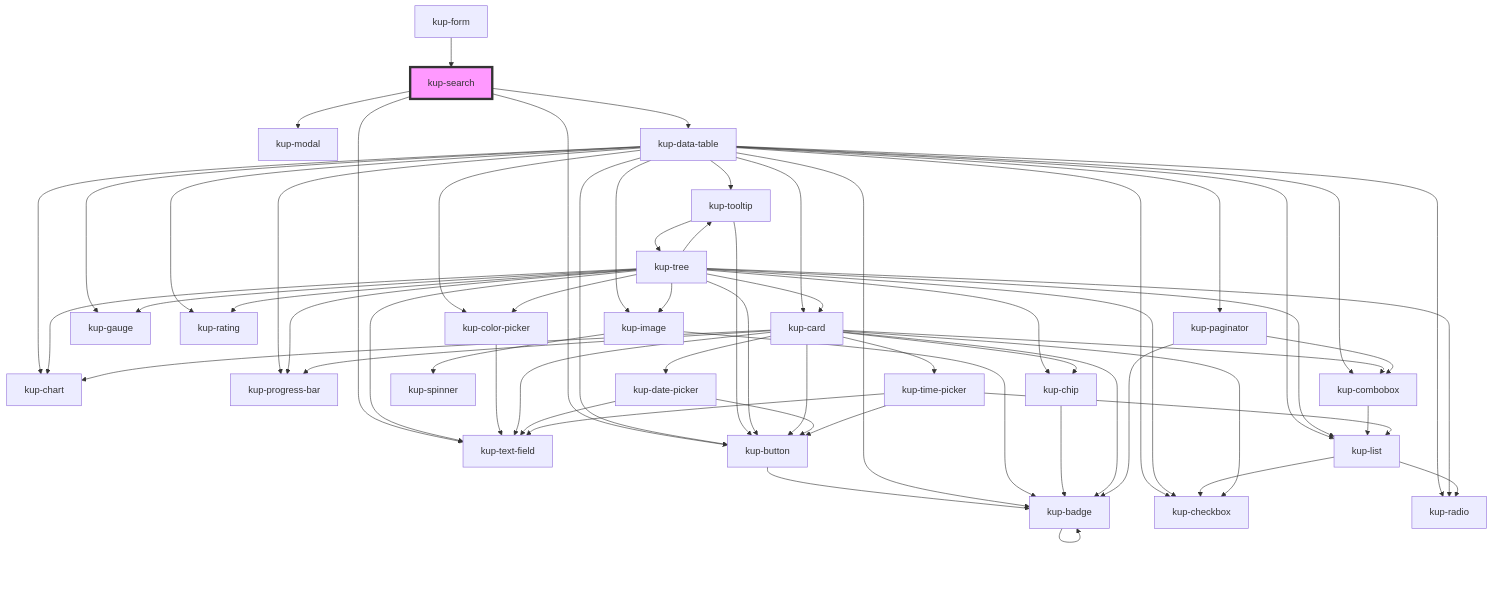
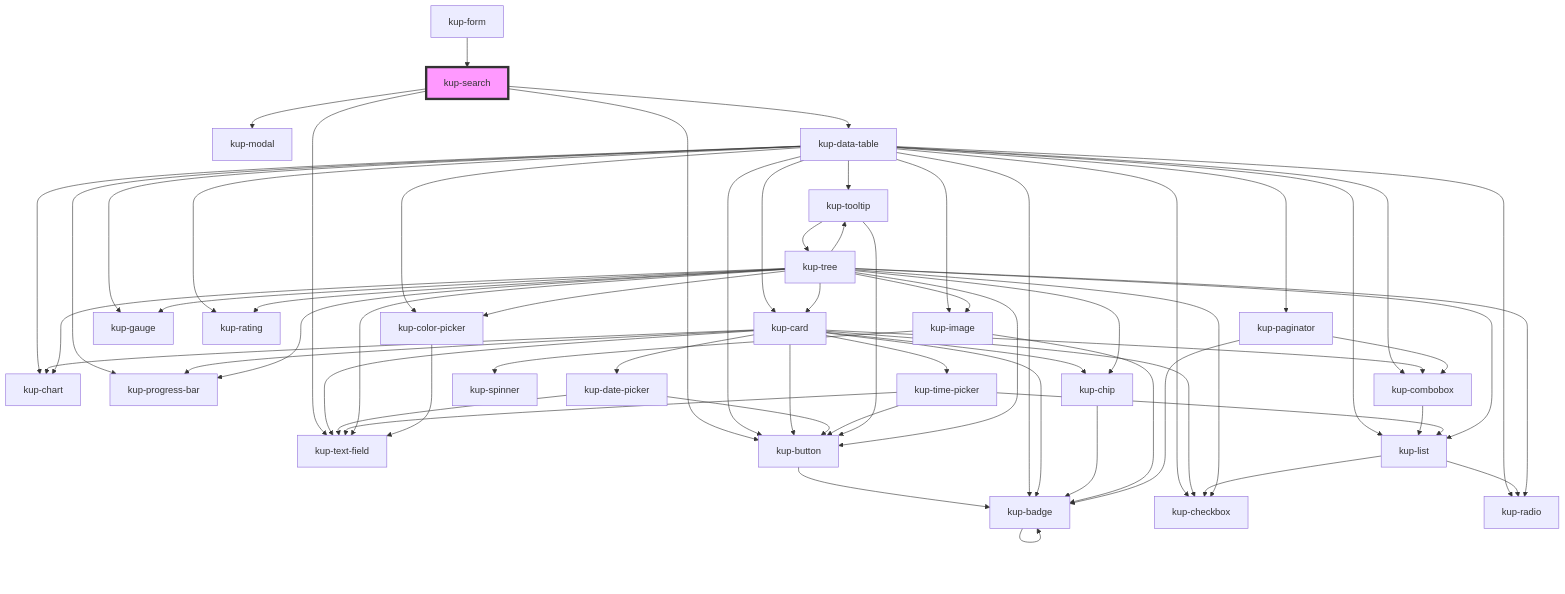
Before and after one commit to smeup/ketchup: the diagram in packages/ketchup/src/components/kup-search/readme.md, drawn with Mermaid. The commit also changed other lines of this file and 10 other files, not shown here.

````diff
--- a/packages/ketchup/src/components/kup-search/readme.md
+++ b/packages/ketchup/src/components/kup-search/readme.md
@@ -43,66 +43,66 @@
 ```mermaid
 graph TD;
   kup-search --> kup-text-field
   kup-search --> kup-button
   kup-search --> kup-modal
   kup-search --> kup-data-table
   kup-button --> kup-badge
   kup-badge --> kup-badge
+  kup-data-table --> kup-card
   kup-data-table --> kup-checkbox
   kup-data-table --> kup-tooltip
   kup-data-table --> kup-list
   kup-data-table --> kup-image
   kup-data-table --> kup-button
   kup-data-table --> kup-chart
   kup-data-table --> kup-color-picker
   kup-data-table --> kup-gauge
   kup-data-table --> kup-progress-bar
   kup-data-table --> kup-rating
   kup-data-table --> kup-radio
   kup-data-table --> kup-paginator
   kup-data-table --> kup-combobox
-  kup-data-table --> kup-card
   kup-data-table --> kup-badge
+  kup-card --> kup-chip
+  kup-card --> kup-button
+  kup-card --> kup-badge
+  kup-card --> kup-progress-bar
+  kup-card --> kup-chart
+  kup-card --> kup-checkbox
+  kup-card --> kup-combobox
+  kup-card --> kup-date-picker
+  kup-card --> kup-text-field
+  kup-card --> kup-time-picker
+  kup-chip --> kup-badge
+  kup-combobox --> kup-list
+  kup-list --> kup-radio
+  kup-list --> kup-checkbox
+  kup-date-picker --> kup-text-field
+  kup-date-picker --> kup-button
+  kup-time-picker --> kup-text-field
+  kup-time-picker --> kup-button
+  kup-time-picker --> kup-list
   kup-tooltip --> kup-button
   kup-tooltip --> kup-tree
   kup-tree --> kup-image
   kup-tree --> kup-button
   kup-tree --> kup-chart
   kup-tree --> kup-checkbox
   kup-tree --> kup-chip
   kup-tree --> kup-color-picker
   kup-tree --> kup-gauge
   kup-tree --> kup-progress-bar
   kup-tree --> kup-rating
   kup-tree --> kup-radio
   kup-tree --> kup-tooltip
   kup-tree --> kup-list
   kup-tree --> kup-text-field
   kup-tree --> kup-card
   kup-image --> kup-spinner
   kup-image --> kup-badge
-  kup-chip --> kup-badge
   kup-color-picker --> kup-text-field
-  kup-list --> kup-radio
-  kup-list --> kup-checkbox
-  kup-card --> kup-chip
-  kup-card --> kup-button
-  kup-card --> kup-badge
-  kup-card --> kup-progress-bar
-  kup-card --> kup-chart
-  kup-card --> kup-checkbox
-  kup-card --> kup-combobox
-  kup-card --> kup-date-picker
-  kup-card --> kup-text-field
-  kup-card --> kup-time-picker
-  kup-combobox --> kup-list
-  kup-date-picker --> kup-text-field
-  kup-date-picker --> kup-button
-  kup-time-picker --> kup-text-field
-  kup-time-picker --> kup-button
-  kup-time-picker --> kup-list
   kup-paginator --> kup-combobox
   kup-paginator --> kup-badge
   kup-form --> kup-search
   style kup-search fill:#f9f,stroke:#333,stroke-width:4px
 ```
````
